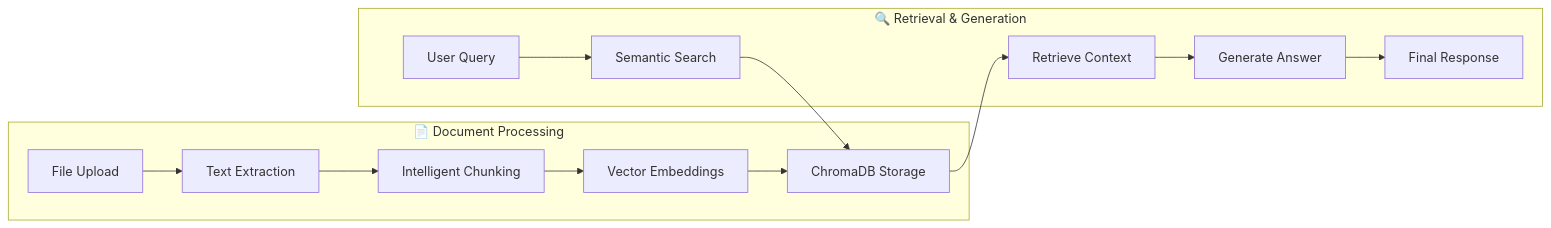
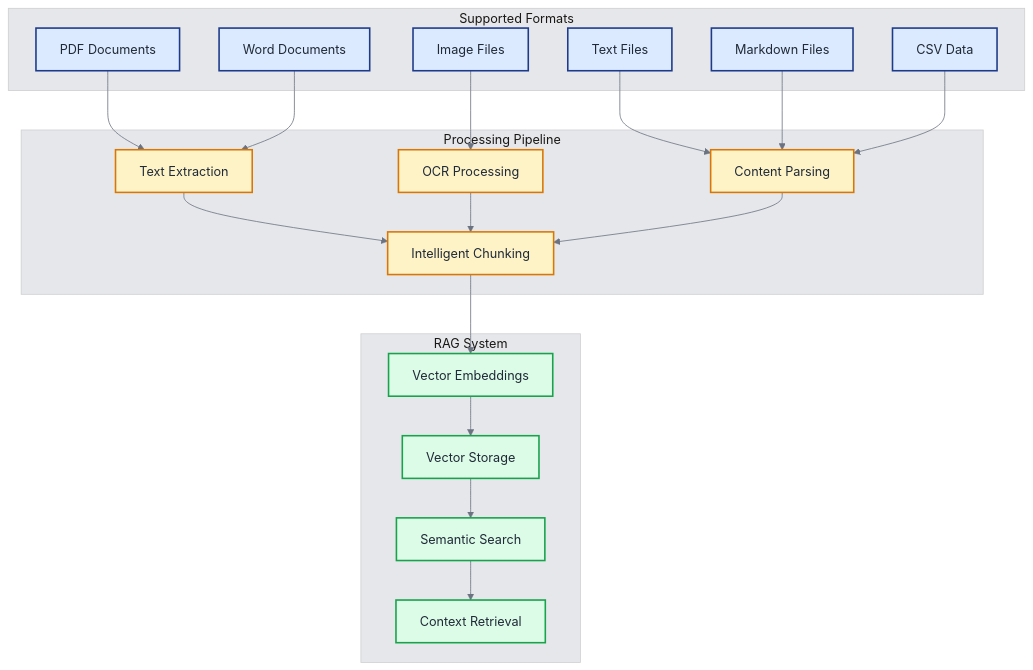
The second of 12 diagrams in docs/FEATURES.md (khaosans/basic-chat), drawn with Mermaid before and after one commit. The commit also changed other lines of this file and 10 other files, not shown here.

Commit message:
feat: Remove deprecated test files and update requirements - Delete unused test_sample.png, test_sample.pdf, and test_document_processing.py - Add pytest and related packages to requirements.txt

````diff
--- a/docs/FEATURES.md
+++ b/docs/FEATURES.md
@@ -107,29 +133,50 @@
 ```mermaid
-graph LR
-    subgraph "📄 Document Processing"
-        UPLOAD[File Upload]
-        EXTRACT[Text Extraction]
-        CHUNK[Intelligent Chunking]
-        EMBED[Vector Embeddings]
-        STORE[ChromaDB Storage]
+%%{init: {'theme': 'base', 'themeVariables': { 'fontSize': '16px', 'fontFamily': 'Arial, sans-serif', 'primaryColor': '#1e3a8a', 'primaryTextColor': '#1f2937', 'primaryBorderColor': '#374151', 'lineColor': '#6b7280', 'secondaryColor': '#f3f4f6', 'tertiaryColor': '#e5e7eb', 'edgeLabelBackground': '#f9fafb'}}}%%
+graph TB
+    subgraph "Supported Formats"
+        PDF[PDF Documents]
+        TXT[Text Files]
+        MD[Markdown Files]
+        DOC[Word Documents]
+        IMG[Image Files]
+        CSV[CSV Data]
     end
     
-    subgraph "🔍 Retrieval & Generation"
-        QUERY[User Query]
-        SEARCH[Semantic Search]
-        RETRIEVE[Retrieve Context]
-        GENERATE[Generate Answer]
-        RESPONSE[Final Response]
+    subgraph "Processing Pipeline"
+        EXTRACT[Text Extraction]
+        OCR[OCR Processing]
+        PARSE[Content Parsing]
+        CHUNK[Intelligent Chunking]
     end
     
-    UPLOAD --> EXTRACT
+    subgraph "RAG System"
+        EMBED[Vector Embeddings]
+        STORE[Vector Storage]
+        SEARCH[Semantic Search]
+        RETRIEVE[Context Retrieval]
+    end
+    
+    PDF --> EXTRACT
+    TXT --> PARSE
+    MD --> PARSE
+    DOC --> EXTRACT
+    IMG --> OCR
+    CSV --> PARSE
+    
     EXTRACT --> CHUNK
+    OCR --> CHUNK
+    PARSE --> CHUNK
+    
     CHUNK --> EMBED
     EMBED --> STORE
+    STORE --> SEARCH
+    SEARCH --> RETRIEVE
     
-    QUERY --> SEARCH
-    SEARCH --> STORE
-    STORE --> RETRIEVE
-    RETRIEVE --> GENERATE
-    GENERATE --> RESPONSE
+    classDef formats fill:#dbeafe,stroke:#1e3a8a,stroke-width:2px,color:#1f2937
+    classDef pipeline fill:#fef3c7,stroke:#d97706,stroke-width:2px,color:#1f2937
+    classDef rag fill:#dcfce7,stroke:#16a34a,stroke-width:2px,color:#1f2937
+    
+    class PDF,TXT,MD,DOC,IMG,CSV formats
+    class EXTRACT,OCR,PARSE,CHUNK pipeline
+    class EMBED,STORE,SEARCH,RETRIEVE rag
 ```
````
